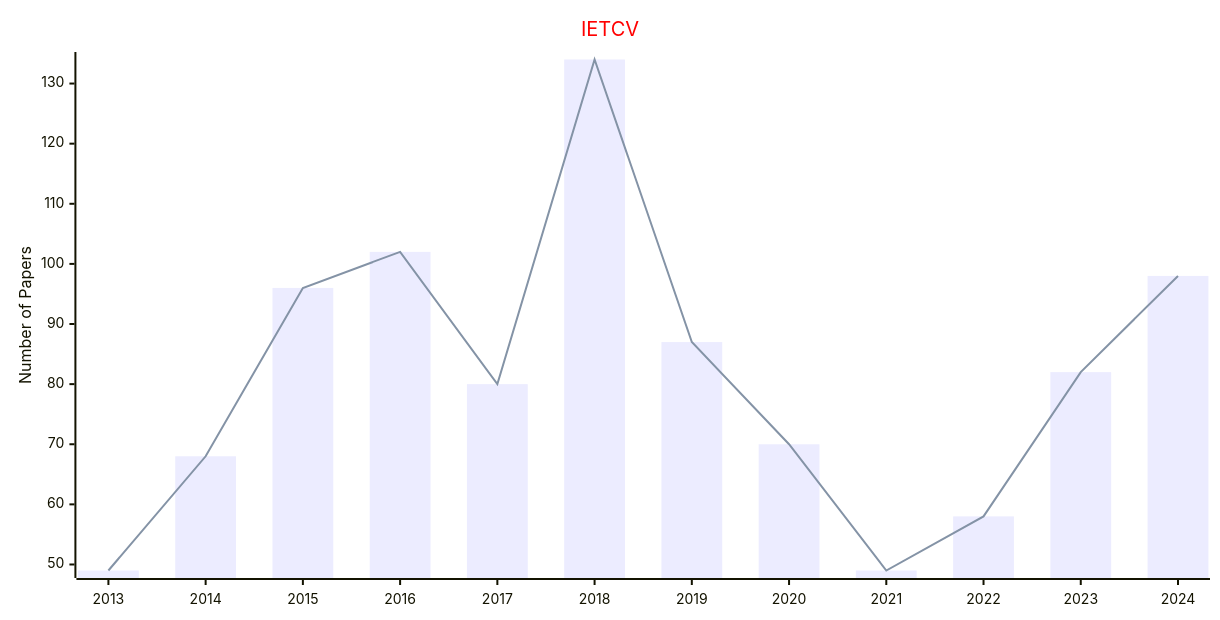
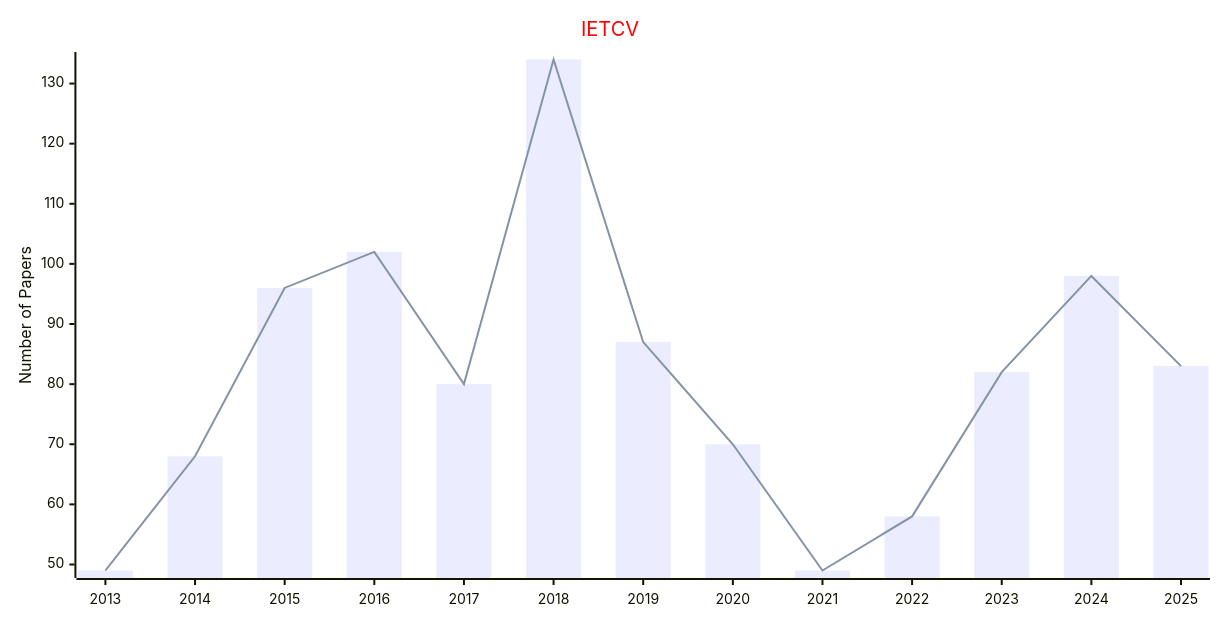
One commit to Easy-PhD/AILinks changed the fourth of 4 diagrams in docs/data/Journals/Statistics_Journals/Computer_Vision.md. Above: the diagram before and after it, drawn with Mermaid. The commit also changed other lines of this file and 107 other files, not shown here.

````diff
--- a/docs/data/Journals/Statistics_Journals/Computer_Vision.md
+++ b/docs/data/Journals/Statistics_Journals/Computer_Vision.md
@@ -81,17 +81,17 @@
 ```mermaid
 ---
 config:
     xyChart:
         width: 1200
         height: 600
     themeVariables:
         xyChart:
             titleColor: "#ff0000"
 ---
 xychart-beta
     title "IETCV"
-    x-axis [2013, 2014, 2015, 2016, 2017, 2018, 2019, 2020, 2021, 2022, 2023, 2024]
+    x-axis [2013, 2014, 2015, 2016, 2017, 2018, 2019, 2020, 2021, 2022, 2023, 2024, 2025]
     y-axis "Number of Papers"
-    bar [49, 68, 96, 102, 80, 134, 87, 70, 49, 58, 82, 98]
-    line [49, 68, 96, 102, 80, 134, 87, 70, 49, 58, 82, 98]
+    bar [49, 68, 96, 102, 80, 134, 87, 70, 49, 58, 82, 98, 83]
+    line [49, 68, 96, 102, 80, 134, 87, 70, 49, 58, 82, 98, 83]
 ```
````
